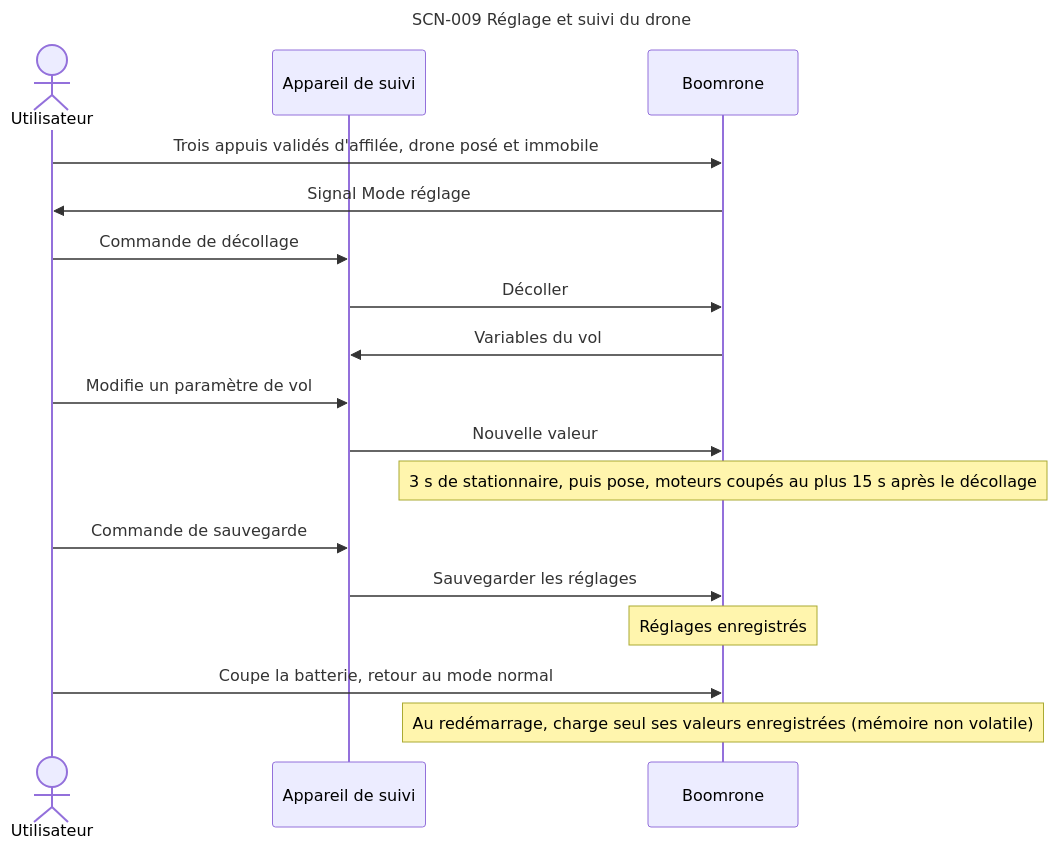
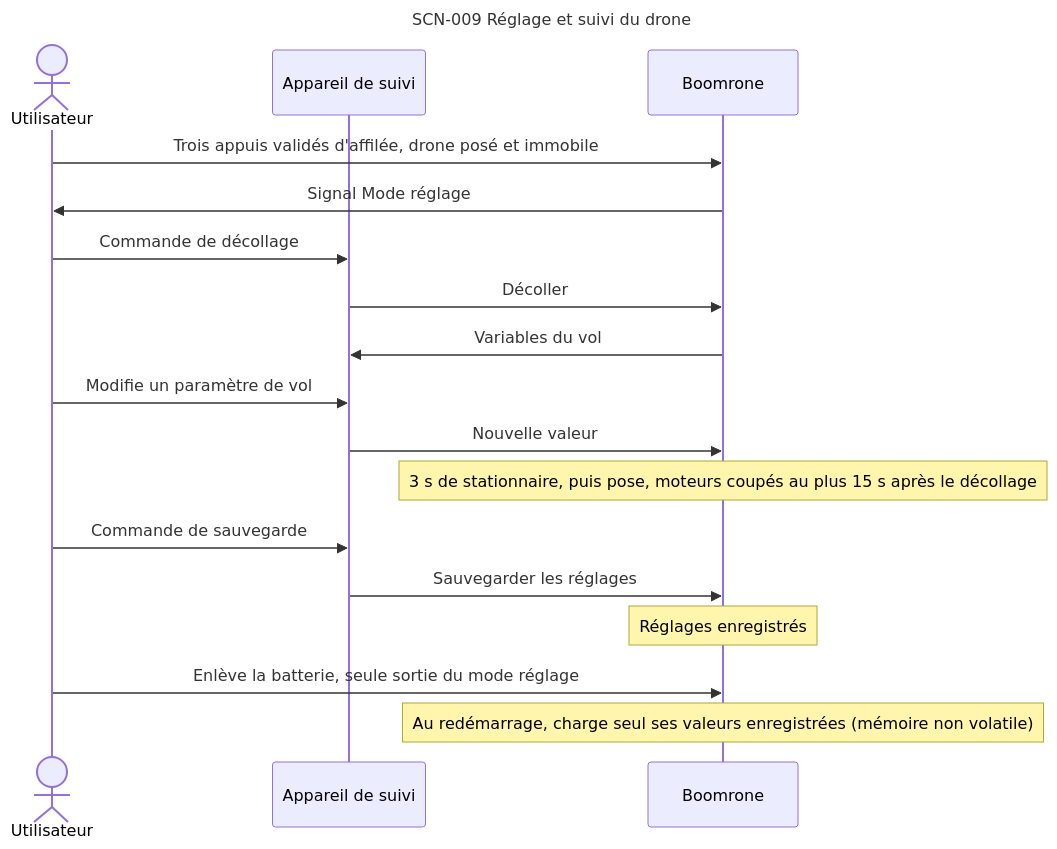
Diagram 11 of 13 in projets/boomrone/00-scenarios.md (thourymatthieu-png/coworker_archi_system), drawn with Mermaid before and after one commit. The commit also changed other lines of this file and 6 other files, not shown here.

````diff
--- a/projets/boomrone/00-scenarios.md
+++ b/projets/boomrone/00-scenarios.md
@@ -412,22 +423,22 @@
 ```mermaid
 ---
 title: "SCN-009 Réglage et suivi du drone"
 ---
 sequenceDiagram
     actor U as Utilisateur
     participant A as Appareil de suivi
     participant D as Boomrone
     U->>D: Trois appuis validés d'affilée, drone posé et immobile
     D->>U: Signal Mode réglage
     U->>A: Commande de décollage
     A->>D: Décoller
     D->>A: Variables du vol
     U->>A: Modifie un paramètre de vol
     A->>D: Nouvelle valeur
     Note over D: 3 s de stationnaire, puis pose, moteurs coupés au plus 15 s après le décollage
     U->>A: Commande de sauvegarde
     A->>D: Sauvegarder les réglages
     Note over D: Réglages enregistrés
-    U->>D: Coupe la batterie, retour au mode normal
+    U->>D: Enlève la batterie, seule sortie du mode réglage
     Note over D: Au redémarrage, charge seul ses valeurs enregistrées (mémoire non volatile)
 ```
````
